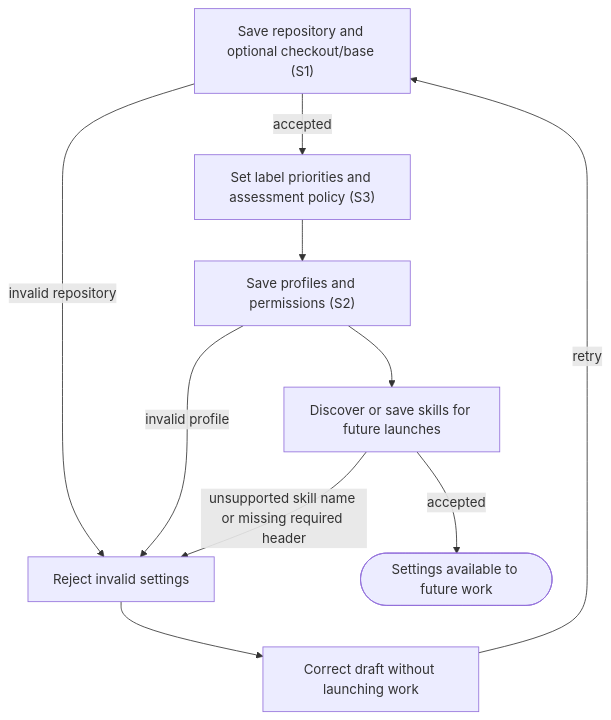
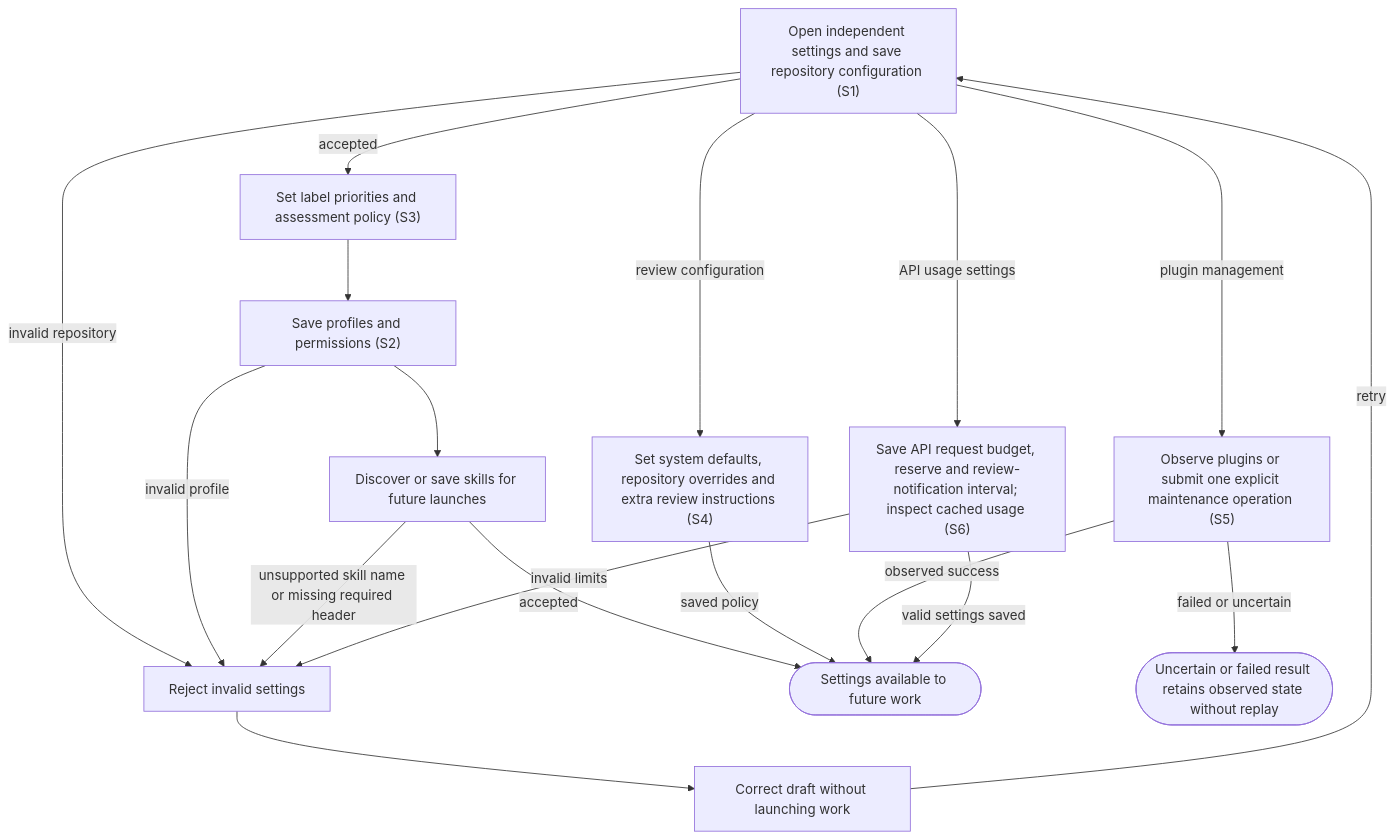
The diagram in docs/user-flows/configure-work.md (dk-code-factory/code-factory-plugin), drawn with Mermaid before and after one commit. The commit also changed other lines of this file and 165 other files, not shown here.

````diff
--- a/docs/user-flows/configure-work.md
+++ b/docs/user-flows/configure-work.md
@@ -37,19 +42,31 @@
 ```mermaid
 flowchart TD
-    N0["Save repository and optional checkout/base #40;S1#41;"]
+    N0["Open independent settings and save repository configuration #40;S1#41;"]
     N1["Set label priorities and assessment policy #40;S3#41;"]
     N2["Save profiles and permissions #40;S2#41;"]
     N3["Discover or save skills for future launches"]
     N4["Reject invalid settings"]
     N5["Correct draft without launching work"]
     N6(["Settings available to future work"])
+    N7["Set system defaults, repository overrides and extra review instructions #40;S4#41;"]
+    N8["Observe plugins or submit one explicit maintenance operation #40;S5#41;"]
+    N9(["Uncertain or failed result retains observed state without replay"])
+    N10["Save API request budget, reserve and review-notification interval#59; inspect cached usage #40;S6#41;"]
     N0 -->|"accepted"| N1
     N1 --> N2
     N2 --> N3
     N0 -->|"invalid repository"| N4
     N2 -->|"invalid profile"| N4
     N3 -->|"unsupported skill name or missing required header"| N4
     N4 --> N5
     N5 -->|"retry"| N0
     N3 -->|"accepted"| N6
+    N0 -->|"review configuration"| N7
+    N7 -->|"saved policy"| N6
+    N0 -->|"plugin management"| N8
+    N8 -->|"observed success"| N6
+    N8 -->|"failed or uncertain"| N9
+    N0 -->|"API usage settings"| N10
+    N10 -->|"valid settings saved"| N6
+    N10 -->|"invalid limits"| N4
 ```
````
